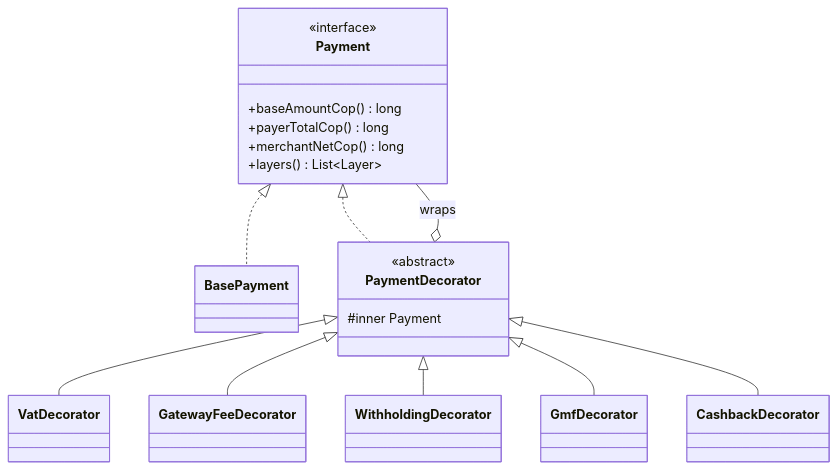
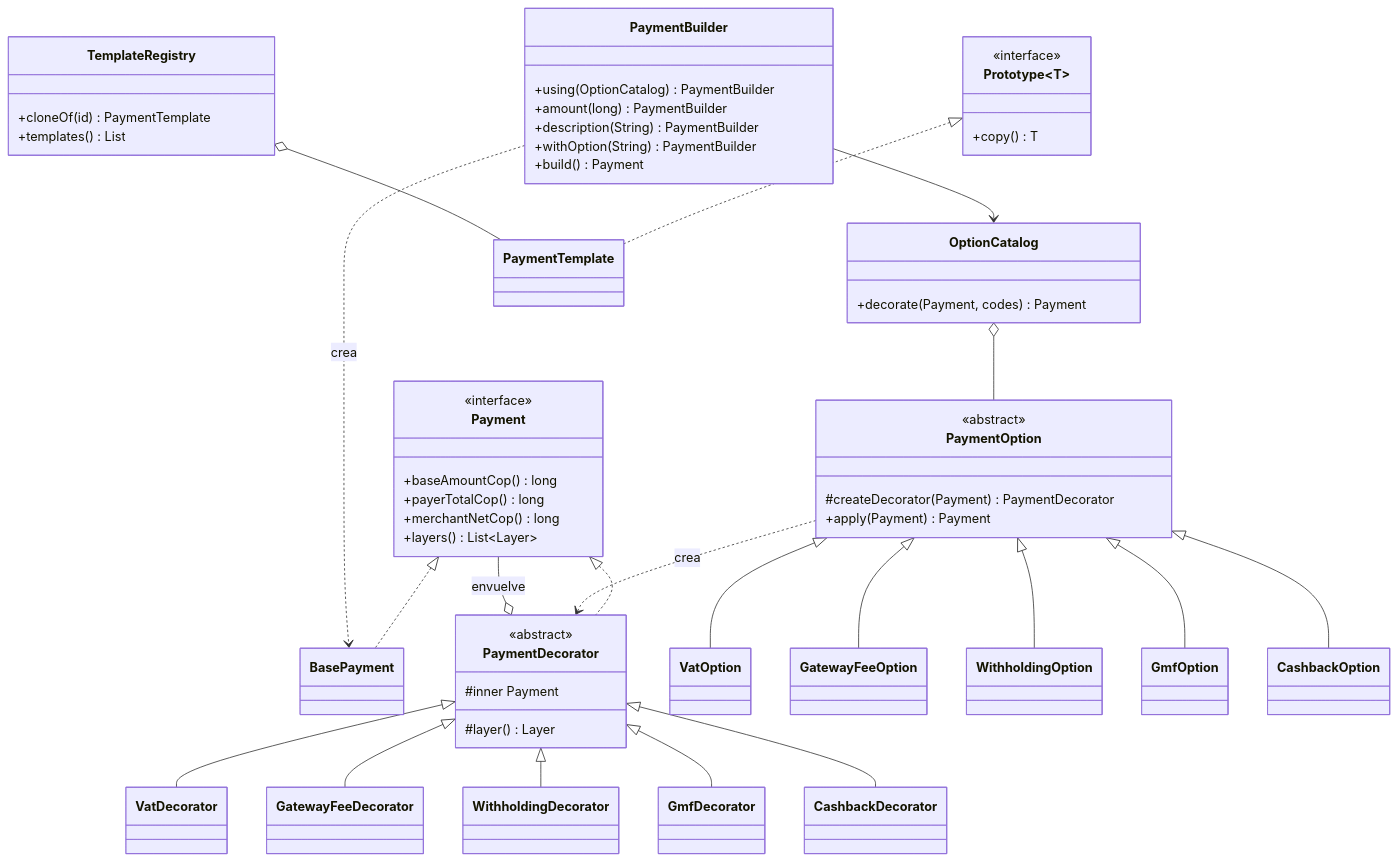
Before and after one commit to Santiago425/Patrones_Decorater_siguientegrupo: the diagram in README.md, drawn with Mermaid. The commit also changed other lines of this file and 1 other file, not shown here.

````diff
--- a/README.md
+++ b/README.md
@@ -17,23 +117,63 @@
 ```mermaid
 classDiagram
     class Payment {
         <<interface>>
         +baseAmountCop() long
         +payerTotalCop() long
         +merchantNetCop() long
         +layers() List~Layer~
     }
     class BasePayment
     class PaymentDecorator {
         <<abstract>>
         #inner Payment
+        #layer() Layer
     }
     Payment <|.. BasePayment
     Payment <|.. PaymentDecorator
-    PaymentDecorator o-- Payment : wraps
+    PaymentDecorator o-- Payment : envuelve
     PaymentDecorator <|-- VatDecorator
     PaymentDecorator <|-- GatewayFeeDecorator
     PaymentDecorator <|-- WithholdingDecorator
     PaymentDecorator <|-- GmfDecorator
     PaymentDecorator <|-- CashbackDecorator
+
+    class PaymentOption {
+        <<abstract>>
+        #createDecorator(Payment) PaymentDecorator
+        +apply(Payment) Payment
+    }
+    PaymentOption <|-- VatOption
+    PaymentOption <|-- GatewayFeeOption
+    PaymentOption <|-- WithholdingOption
+    PaymentOption <|-- GmfOption
+    PaymentOption <|-- CashbackOption
+    PaymentOption ..> PaymentDecorator : crea
+
+    class OptionCatalog {
+        +decorate(Payment, codes) Payment
+    }
+    OptionCatalog o-- PaymentOption
+
+    class PaymentBuilder {
+        +using(OptionCatalog) PaymentBuilder
+        +amount(long) PaymentBuilder
+        +description(String) PaymentBuilder
+        +withOption(String) PaymentBuilder
+        +build() Payment
+    }
+    PaymentBuilder --> OptionCatalog
+    PaymentBuilder ..> BasePayment : crea
+
+    class Prototype~T~ {
+        <<interface>>
+        +copy() T
+    }
+    class PaymentTemplate
+    class TemplateRegistry {
+        +cloneOf(id) PaymentTemplate
+        +templates() List
+    }
+    Prototype <|.. PaymentTemplate
+    TemplateRegistry o-- PaymentTemplate
 ```
````
